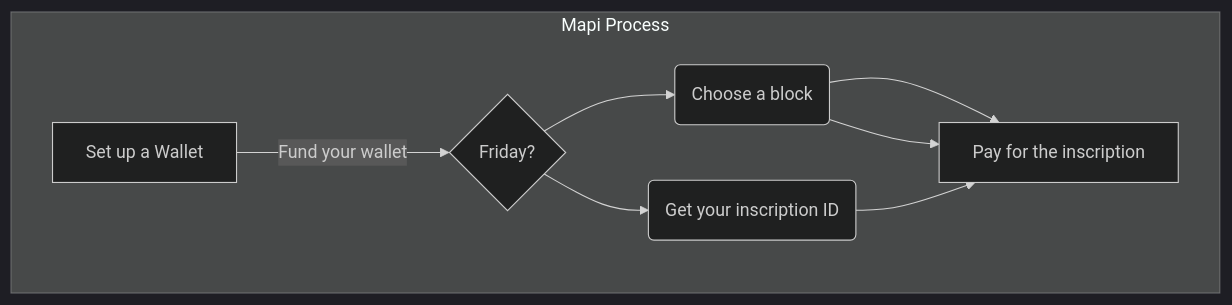
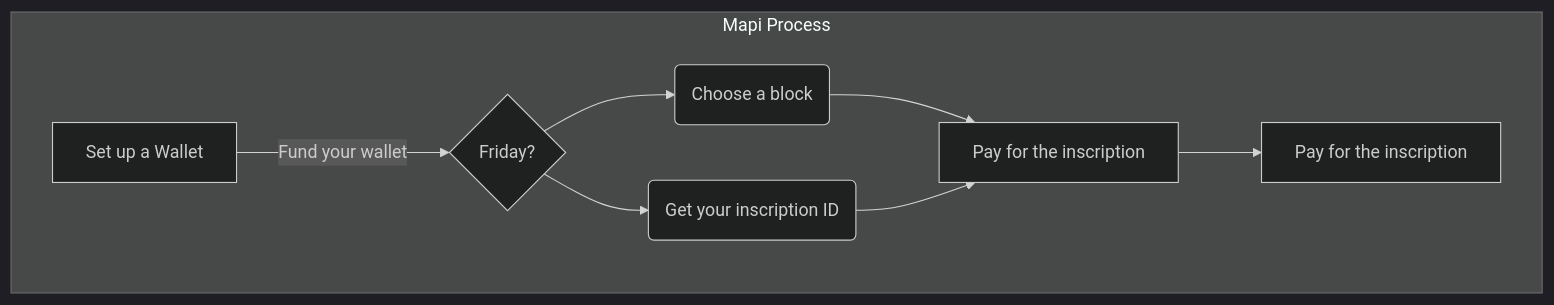
The diagram in README.md (3D4D5D/3D4D5D), drawn with Mermaid (dark theme) before and after one commit.

````diff
--- a/README.md
+++ b/README.md
@@ -18,13 +18,14 @@
 ```mermaid
 graph TD
   subgraph Mapi Process
     A[Set up a Wallet] -->|Fund your wallet| B{Friday?}
     B --> C(Choose a block)
     B --> D(Get your inscription ID)
     C --> E[Pay for the inscription]
-    C --> E[Pay for the inscription]
     D --> E
+    E --> F[Pay for the inscription]
+
   end
 
 
 ```
````
